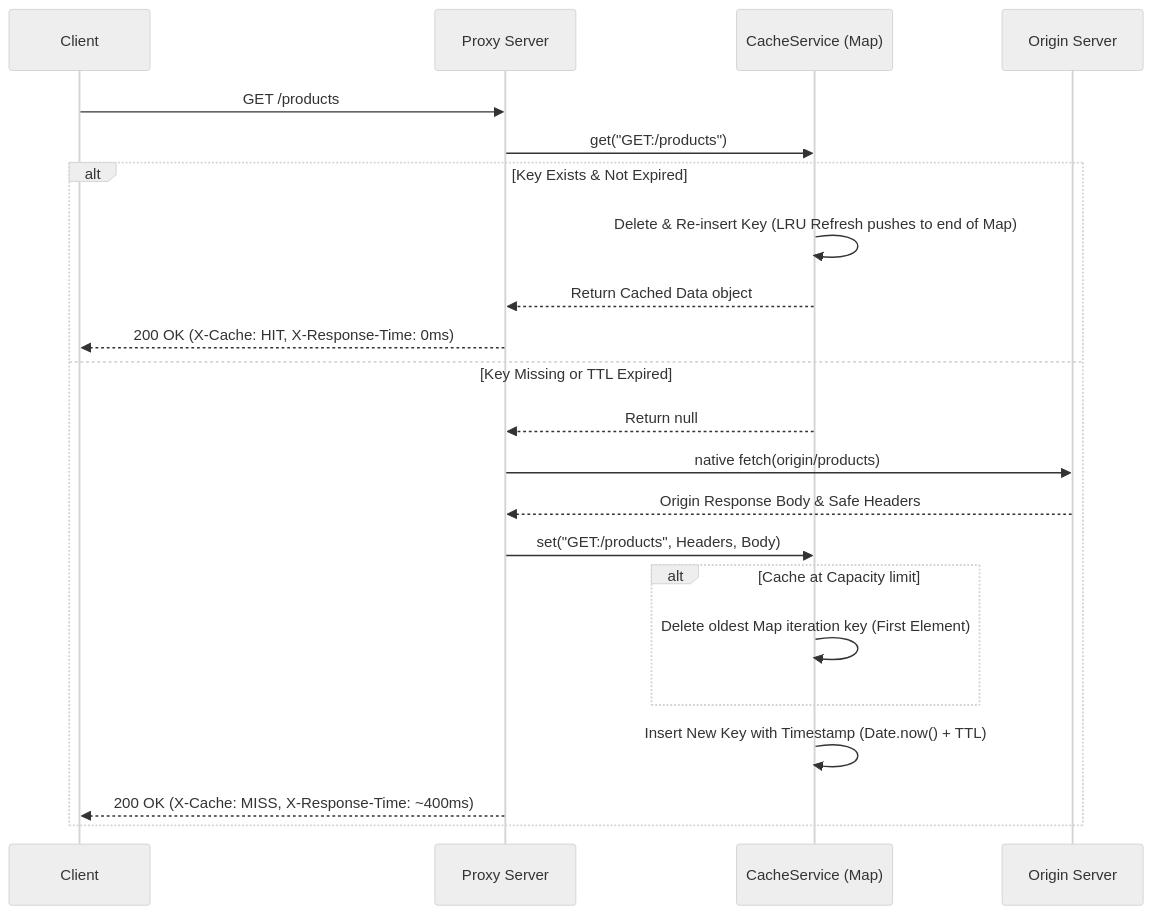
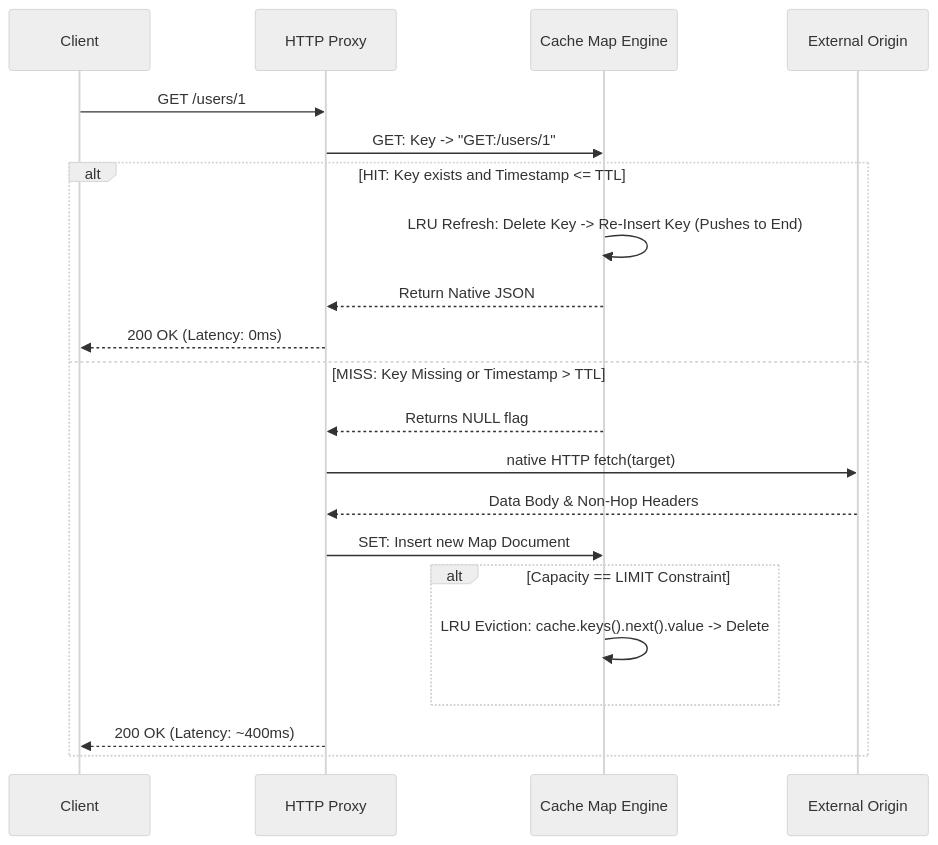
The third of 4 diagrams in README.md (sherlock-hashed/Kshama), drawn with Mermaid (neutral theme) before and after one commit. The commit also changed other lines of this file, not shown here.

````diff
--- a/README.md
+++ b/README.md
@@ -53,26 +71,25 @@
 ```mermaid
 sequenceDiagram
     participant C as Client
-    participant P as Proxy Server
-    participant CS as CacheService (Map)
-    participant O as Origin Server
+    participant P as HTTP Proxy
+    participant CS as Cache Map Engine
+    participant O as External Origin
 
-    C->>P: GET /products
-    P->>CS: get("GET:/products")
+    C->>P: GET /users/1
+    P->>CS: GET: Key -> "GET:/users/1"
     
-    alt Key Exists & Not Expired
-        CS->>CS: Delete & Re-insert Key (LRU Refresh pushes to end of Map)
-        CS-->>P: Return Cached Data object
-        P-->>C: 200 OK (X-Cache: HIT, X-Response-Time: 0ms)
-    else Key Missing or TTL Expired
-        CS-->>P: Return null
-        P->>O: native fetch(origin/products)
-        O-->>P: Origin Response Body & Safe Headers
-        P->>CS: set("GET:/products", Headers, Body)
-        alt Cache at Capacity limit
-            CS->>CS: Delete oldest Map iteration key (First Element)
+    alt HIT: Key exists and Timestamp <= TTL
+        CS->>CS: LRU Refresh: Delete Key -> Re-Insert Key (Pushes to End)
+        CS-->>P: Return Native JSON
+        P-->>C: 200 OK (Latency: 0ms)
+    else MISS: Key Missing or Timestamp > TTL
+        CS-->>P: Returns NULL flag
+        P->>O: native HTTP fetch(target)
+        O-->>P: Data Body & Non-Hop Headers
+        P->>CS: SET: Insert new Map Document
+        alt Capacity == LIMIT Constraint
+            CS->>CS: LRU Eviction: cache.keys().next().value -> Delete
         end
-        CS->>CS: Insert New Key with Timestamp (Date.now() + TTL)
-        P-->>C: 200 OK (X-Cache: MISS, X-Response-Time: ~400ms)
+        P-->>C: 200 OK (Latency: ~400ms)
     end
 ```
````
